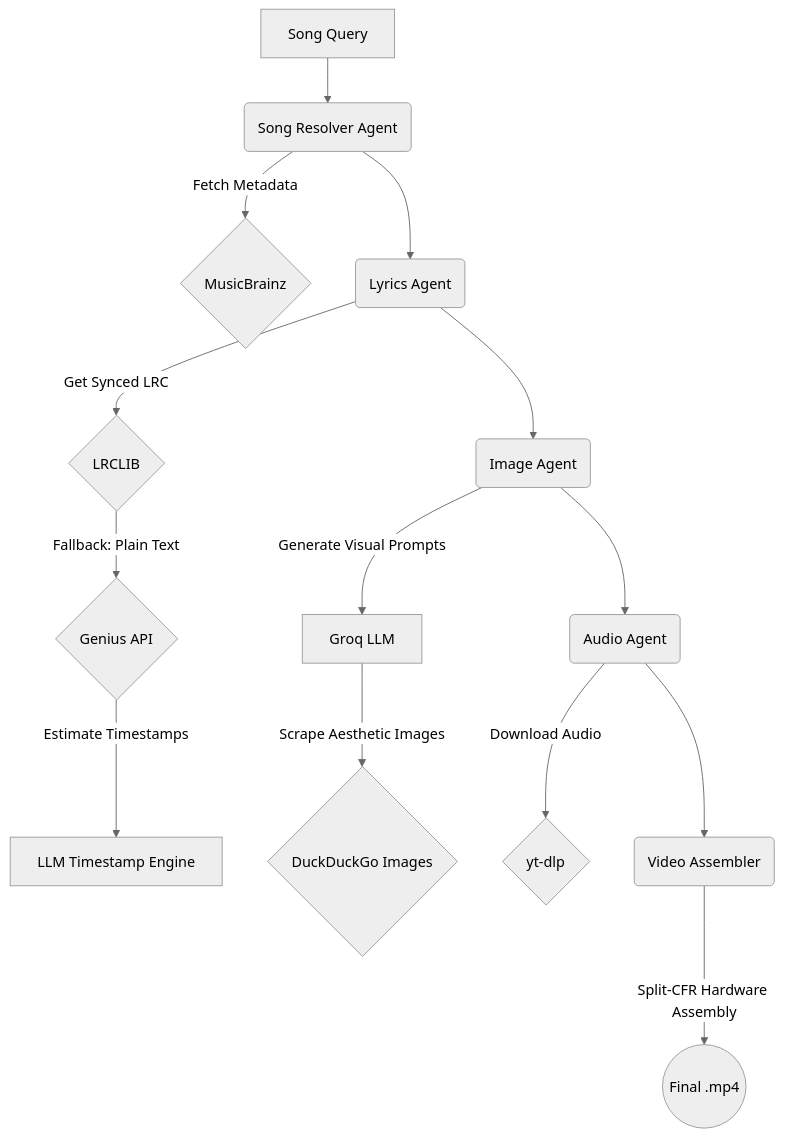
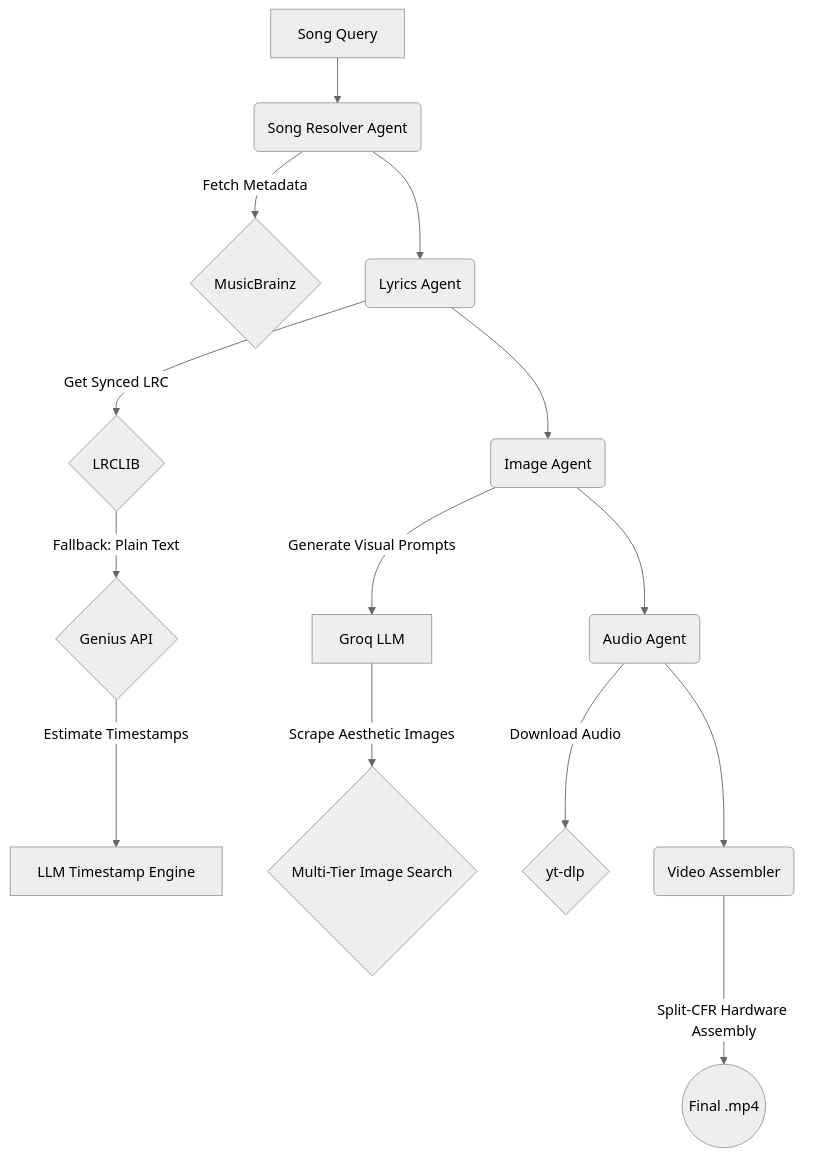
The diagram in README.md (pjpangilinan/yline), drawn with Mermaid (neutral theme) before and after one commit. The commit also changed other lines of this file and 1 other file, not shown here.

Commit message:
docs: update README and showcase website to reflect modern pipeline architecture

````diff
--- a/README.md
+++ b/README.md
@@ -31,16 +31,16 @@
 ```mermaid
 flowchart TD
     A[Song Query] --> B(Song Resolver Agent)
     B -->|Fetch Metadata| C{MusicBrainz}
     B --> D(Lyrics Agent)
     D -->|Get Synced LRC| E{LRCLIB}
     E -->|Fallback: Plain Text| F{Genius API}
     F -->|Estimate Timestamps| G[LLM Timestamp Engine]
     D --> H(Image Agent)
     H -->|Generate Visual Prompts| I[Groq LLM]
-    I -->|Scrape Aesthetic Images| J{DuckDuckGo Images}
+    I -->|Scrape Aesthetic Images| J{Multi-Tier Image Search}
     H --> K(Audio Agent)
     K -->|Download Audio| L{yt-dlp}
     K --> M(Video Assembler)
     M -->|Split-CFR Hardware Assembly| N((Final .mp4))
 ```
````
